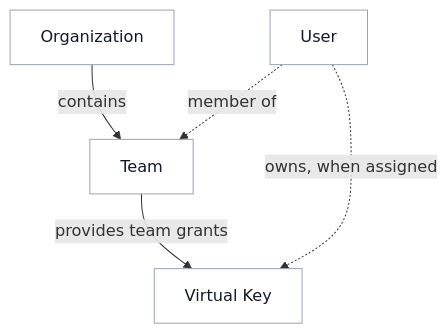
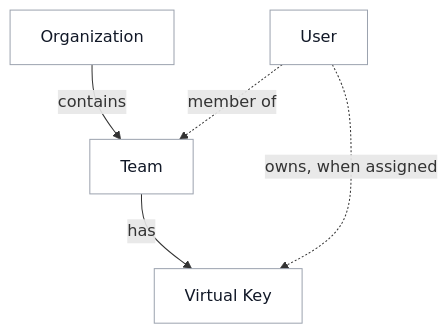
The diagram in docs/proxy/access_management/inheritance.md (BerriAI/litellm-docs), drawn with Mermaid before and after one commit. The commit also changed other lines of this file, not shown here.

````diff
--- a/docs/proxy/access_management/inheritance.md
+++ b/docs/proxy/access_management/inheritance.md
@@ -12,10 +12,10 @@
 ```mermaid
 flowchart TD
   accTitle: Organization, team, user, and Virtual Key relationships
-  accDescr: An organization contains a team. A user can be a member of the team and own a Virtual Key. The key uses its selected team's grants, with resource-specific restrictions described below.
+  accDescr: An organization contains a team. A user can belong to the team. A Virtual Key can be assigned to the team and the user.
   O["Organization"] -->|contains| T["Team"]
   U["User"] -.->|member of| T
-  T -->|provides team grants| K["Virtual Key"]
+  T -->|has| K["Virtual Key"]
   U -.->|owns, when assigned| K
   classDef default fill:#ffffff,stroke:#9ca3af,color:#111827;
 ```
````
